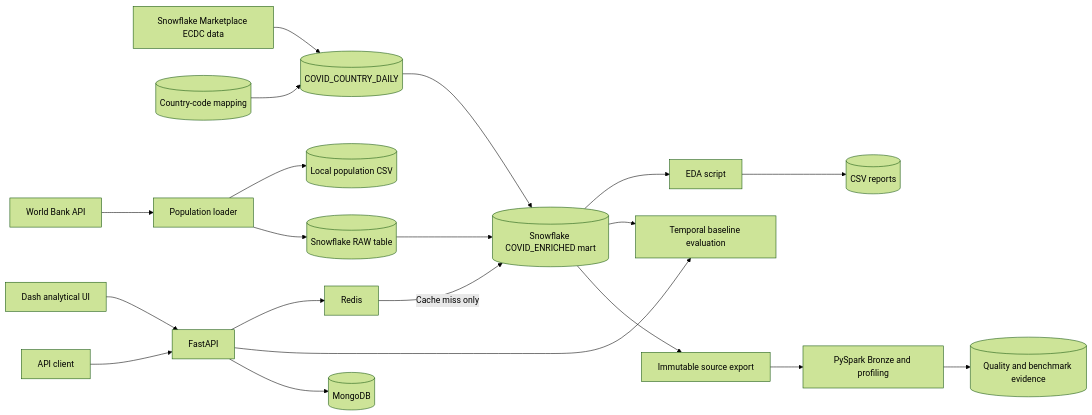
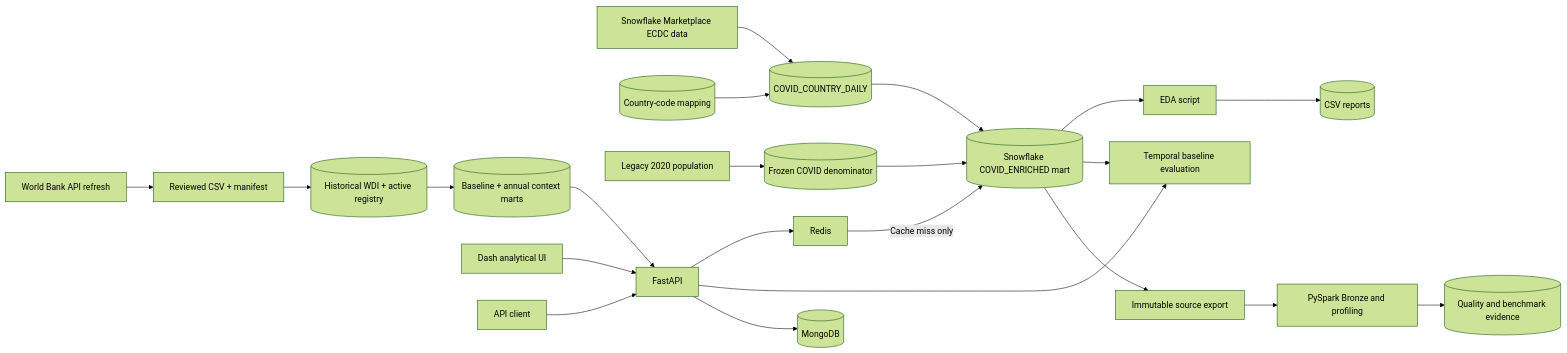
Before and after one commit to synku20777/bootcamp-project: the diagram in README.md, drawn with Mermaid (forest theme). The commit also changed other lines of this file and 50 other files, not shown here.

````diff
--- a/README.md
+++ b/README.md
@@ -415,24 +443,26 @@
 ```mermaid
 flowchart LR
     Market[Snowflake Marketplace ECDC data] --> Staging[(COVID_COUNTRY_DAILY)]
     Mapping[(Country-code mapping)] --> Staging
-    WB[World Bank API] --> Loader[Population loader]
-    Loader --> CSV[(Local population CSV)]
-    Loader --> Raw[(Snowflake RAW table)]
+    WB[World Bank API refresh] --> Snapshot[Reviewed CSV + manifest]
+    Snapshot --> Registry[(Historical WDI + active registry)]
+    Registry --> Context[(Baseline + annual context marts)]
+    Legacy[Legacy 2020 population] --> Denominator[(Frozen COVID denominator)]
     Staging --> Marts[(Snowflake COVID_ENRICHED mart)]
-    Raw --> Marts
+    Denominator --> Marts
+    Context --> API
     Marts --> EDA[EDA script]
     EDA --> Reports[(CSV reports)]
 
     Browser[Dash analytical UI] --> API[FastAPI]
     Client[API client] --> API
     API --> Redis
     Redis -->|Cache miss only| Marts
     API --> Forecast[Temporal baseline evaluation]
     Marts --> Forecast
     API --> Mongo[(MongoDB)]
 
     Marts --> Export[Immutable source export]
     Export --> Spark[PySpark Bronze and profiling]
     Spark --> Evidence[(Quality and benchmark evidence)]
 ```
````
